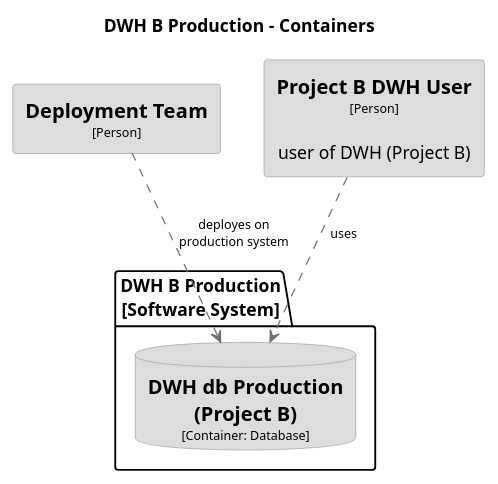
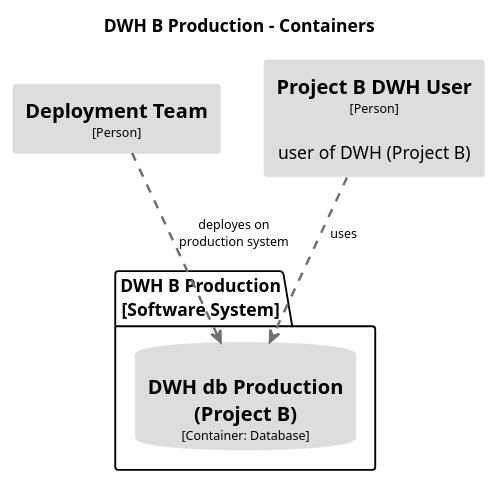
The diagram in docs/modules/arc/partials/c4_dsl/puml/structurizr-DWHBProduction-Container.puml (DataHandwerk/dhw-antora-docs), drawn with PlantUML before and after one commit. The commit also changed 2689 other files, not shown here.

```diff
--- a/docs/modules/arc/partials/c4_dsl/puml/structurizr-DWHBProduction-Container.puml
+++ b/docs/modules/arc/partials/c4_dsl/puml/structurizr-DWHBProduction-Container.puml
@@ -1,35 +1,35 @@
 @startuml(id=DWHBProduction-Container)
 title DWH B Production - Containers
 
 skinparam {
   shadowing false
   arrowFontSize 10
   defaultTextAlignment center
   wrapWidth 200
   maxMessageSize 100
 }
 hide stereotype
 top to bottom direction
 skinparam rectangle<<2>> {
   BackgroundColor #dddddd
   FontColor #000000
-  BorderColor #9A9A9A
+  BorderColor #dddddd
 }
 skinparam rectangle<<3>> {
   BackgroundColor #dddddd
   FontColor #000000
-  BorderColor #9A9A9A
+  BorderColor #dddddd
 }
-skinparam database<<26>> {
+skinparam database<<29>> {
   BackgroundColor #dddddd
   FontColor #000000
-  BorderColor #9A9A9A
+  BorderColor #dddddd
 }
 rectangle "==Deployment Team\n<size:10>[Person]</size>" <<2>> as 2
 rectangle "==Project B DWH User\n<size:10>[Person]</size>\n\nuser of DWH (Project B)" <<3>> as 3
 package "DWH B Production\n[Software System]" {
-  database "==DWH db Production (Project B)\n<size:10>[Container: Database]</size>" <<26>> as 26
+  database "==DWH db Production (Project B)\n<size:10>[Container: Database]</size>" <<29>> as 29
 }
-2 .[#707070].> 26 : "deployes on production system"
-3 .[#707070].> 26 : "uses"
+2 .[#707070,thickness=2].> 29 : "deployes on production system"
+3 .[#707070,thickness=2].> 29 : "uses"
 @enduml
```
